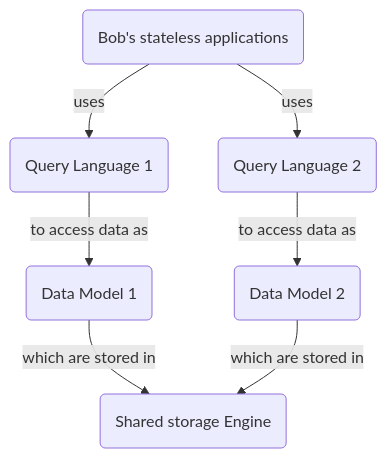
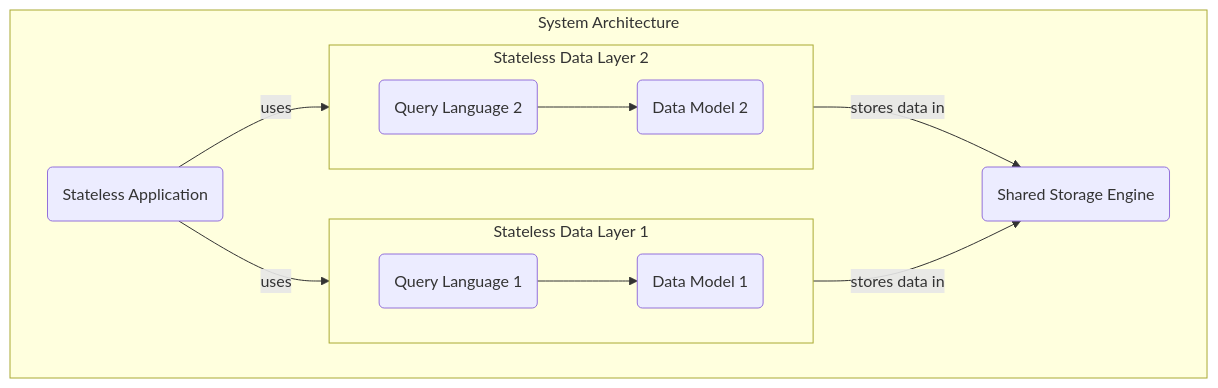
Before and after one commit to PierreZ/fdb-book: the third of 3 diagrams in src/meet_fdb/another_db.md, drawn with Mermaid. The commit also changed other lines of this file and 18 other files, not shown here.

````diff
--- a/src/meet_fdb/another_db.md
+++ b/src/meet_fdb/another_db.md
@@ -95,16 +80,24 @@
 ```mermaid
 flowchart TD
-    id1(Bob's stateless applications)
-    ql1(Query Language 1)
-    ql2(Query Language 2)
-    dm1(Data Model 1)
-    dm2(Data Model 2)
-    se(Shared storage Engine)
-    
-    id1 -- uses --> ql1 
-    ql1 -- to access data as --> dm1
-    dm1 -- which are stored in --> se
-    id1 -- uses --> ql2
-    ql2 -- to access data as --> dm2
-    dm2 -- which are stored in --> se
+    subgraph "System Architecture"
+        app("Stateless Application")
+
+        subgraph "Stateless Data Layer 1"
+            direction LR
+            ql1("Query Language 1") --> dm1("Data Model 1")
+        end
+
+        subgraph "Stateless Data Layer 2"
+            direction LR
+            ql2("Query Language 2") --> dm2("Data Model 2")
+        end
+
+        se("Shared Storage Engine")
+
+        app -- "uses" --> ql1
+        app -- "uses" --> ql2
+
+        dm1 -- "stores data in" --> se
+        dm2 -- "stores data in" --> se
+    end
 ```
````
